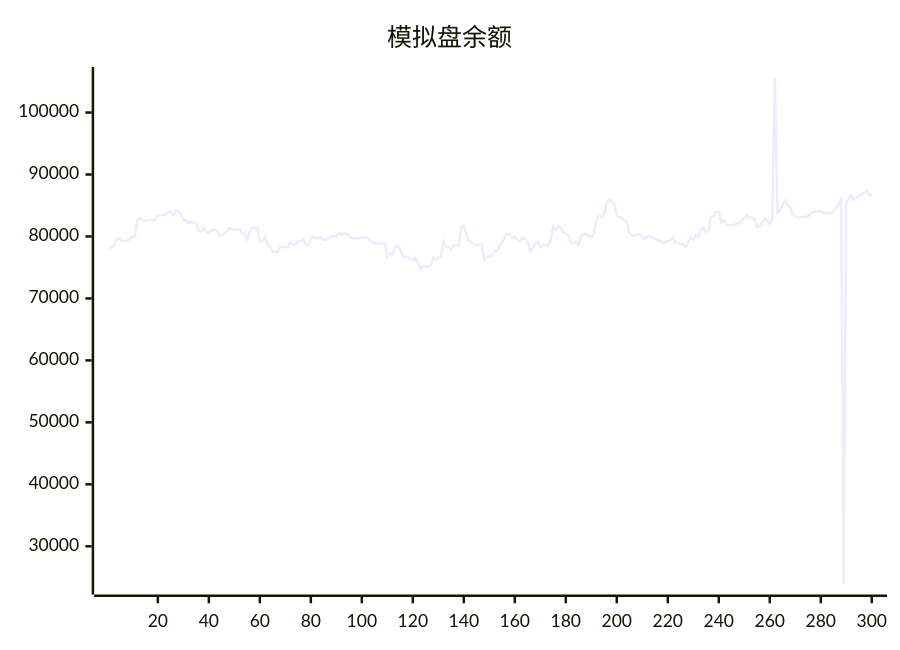
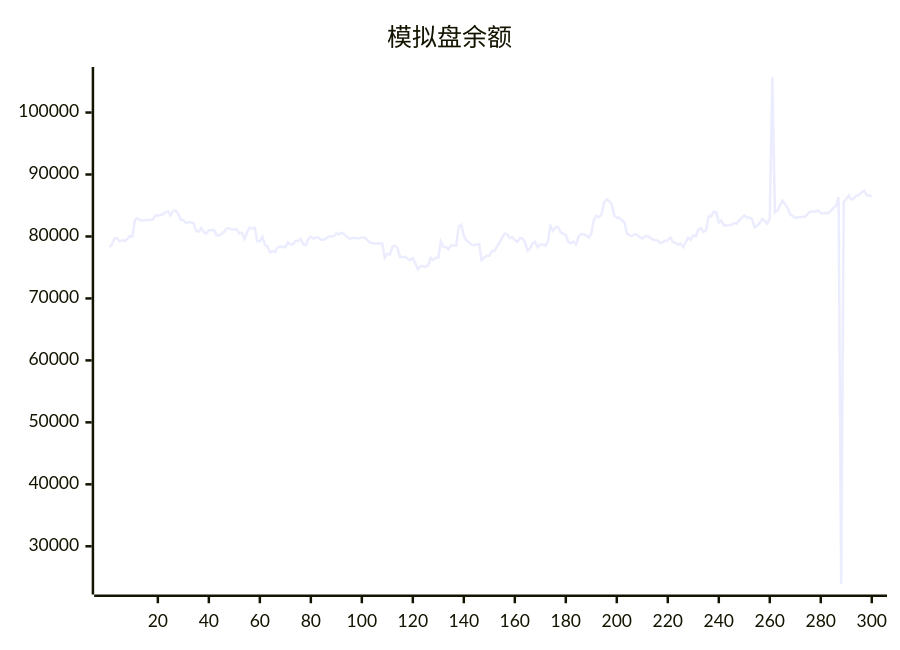
The diagram in README.md (aahl/ai-trading), drawn with Mermaid before and after one commit. The commit also changed other lines of this file and 1 other file, not shown here.

````diff
--- a/README.md
+++ b/README.md
@@ -5,5 +5,5 @@
 ```mermaid
 xychart
     title "模拟盘余额"
-    line [78037,78293,78682,79720,79720,79214,79372,79279,79591,80046,79993,82625,82950,82626,82571,82633,82670,82670,82681,83386,83378,83464,83579,83920,84037,83402,84160,84142,83652,82655,82655,82145,82315,82243,82163,80934,80770,81371,80742,80468,80989,80989,81067,80191,80155,80450,80737,81309,81309,81106,81119,81119,80471,80631,79624,80670,81448,81290,81429,79212,79222,79940,78643,78380,77432,77623,77504,78235,78358,78284,78277,79048,78714,78714,79290,79308,79567,78763,78563,79603,79988,79652,79813,79813,79476,79469,79673,79995,80015,80015,80486,80314,80600,80436,79966,79689,79689,79819,79692,79692,79850,79850,79518,79071,78889,78850,78850,78878,78878,76554,77202,77103,78357,78510,78106,76678,76677,76672,76411,76159,76485,75656,74695,75197,75246,75052,75334,76564,76179,76553,76551,79196,78300,78300,77944,78531,78531,78521,81564,81884,80160,79335,79055,78675,78580,78708,78764,76179,76586,76902,76876,77658,77669,78346,79023,79769,80497,80366,79761,79896,79448,79126,79749,79658,79097,77695,78114,78888,79126,78249,78738,78653,78478,79271,81680,80923,81488,81527,80681,80455,80190,79084,78879,79193,78686,79954,80403,80374,80118,79848,80491,82665,83351,83098,83525,85430,85983,85737,85221,83378,83014,83043,82613,82216,80477,80208,80081,80348,80277,79894,79670,79965,80093,79786,79542,79406,79371,78893,79087,79304,79406,79841,79072,78978,78696,78846,78272,79085,79787,79442,80198,80031,81120,81379,80718,80985,83214,83212,83993,83921,82270,82547,81776,81776,81866,81866,82158,82061,82596,83000,83408,83041,83050,82858,81503,81691,82188,82812,82517,82092,82901,105633,83898,84180,85030,85781,85178,84604,83569,83298,83008,83093,83107,83175,83228,83729,84025,84017,84019,84177,83775,83762,83785,83738,84160,84639,84939,86370,23934,85548,86046,86599,85942,86161,86622,86664,87115,87369,86666,86685]
+    line [78293,78682,79720,79720,79214,79372,79279,79591,80046,79993,82625,82950,82626,82571,82633,82670,82670,82681,83386,83378,83464,83579,83920,84037,83402,84160,84142,83652,82655,82655,82145,82315,82243,82163,80934,80770,81371,80742,80468,80989,80989,81067,80191,80155,80450,80737,81309,81309,81106,81119,81119,80471,80631,79624,80670,81448,81290,81429,79212,79222,79940,78643,78380,77432,77623,77504,78235,78358,78284,78277,79048,78714,78714,79290,79308,79567,78763,78563,79603,79988,79652,79813,79813,79476,79469,79673,79995,80015,80015,80486,80314,80600,80436,79966,79689,79689,79819,79692,79692,79850,79850,79518,79071,78889,78850,78850,78878,78878,76554,77202,77103,78357,78510,78106,76678,76677,76672,76411,76159,76485,75656,74695,75197,75246,75052,75334,76564,76179,76553,76551,79196,78300,78300,77944,78531,78531,78521,81564,81884,80160,79335,79055,78675,78580,78708,78764,76179,76586,76902,76876,77658,77669,78346,79023,79769,80497,80366,79761,79896,79448,79126,79749,79658,79097,77695,78114,78888,79126,78249,78738,78653,78478,79271,81680,80923,81488,81527,80681,80455,80190,79084,78879,79193,78686,79954,80403,80374,80118,79848,80491,82665,83351,83098,83525,85430,85983,85737,85221,83378,83014,83043,82613,82216,80477,80208,80081,80348,80277,79894,79670,79965,80093,79786,79542,79406,79371,78893,79087,79304,79406,79841,79072,78978,78696,78846,78272,79085,79787,79442,80198,80031,81120,81379,80718,80985,83214,83212,83993,83921,82270,82547,81776,81776,81866,81866,82158,82061,82596,83000,83408,83041,83050,82858,81503,81691,82188,82812,82517,82092,82901,105633,83898,84180,85030,85781,85178,84604,83569,83298,83008,83093,83107,83175,83228,83729,84025,84017,84019,84177,83775,83762,83785,83738,84160,84639,84939,86370,23934,85548,86046,86599,85942,86161,86622,86664,87115,87369,86666,86685,86384]
 ```
````
